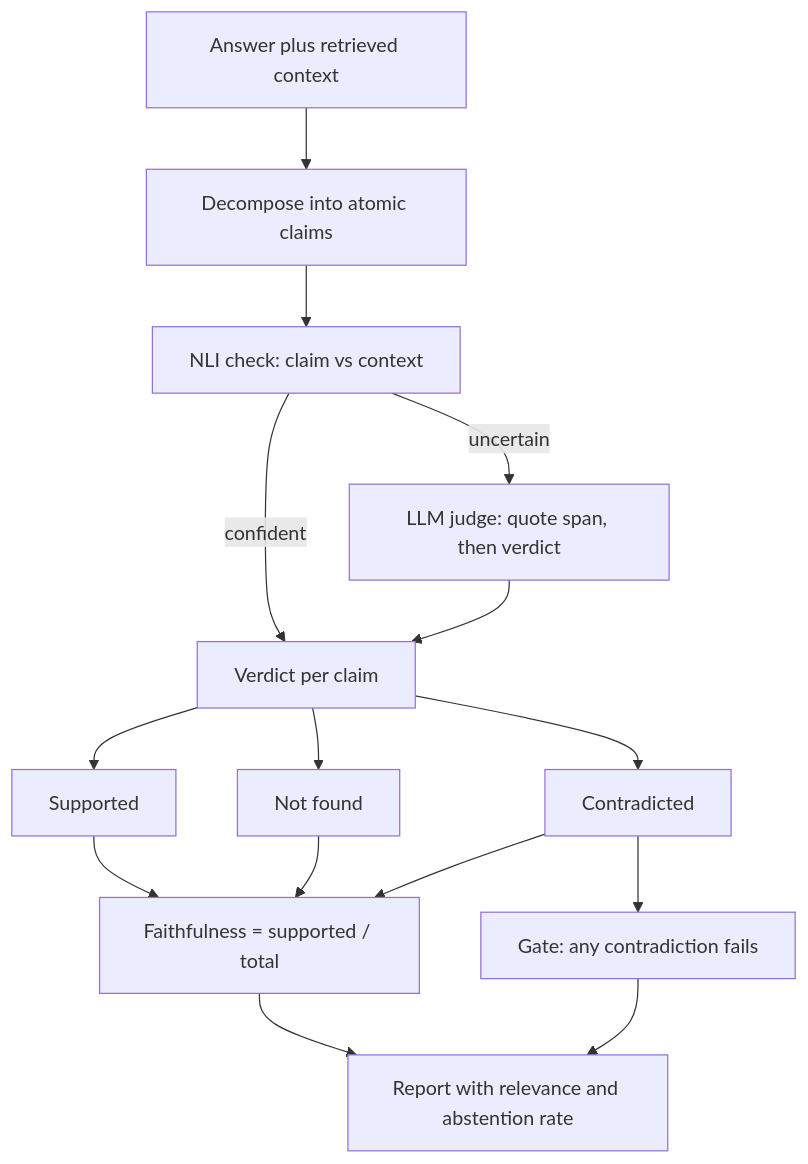
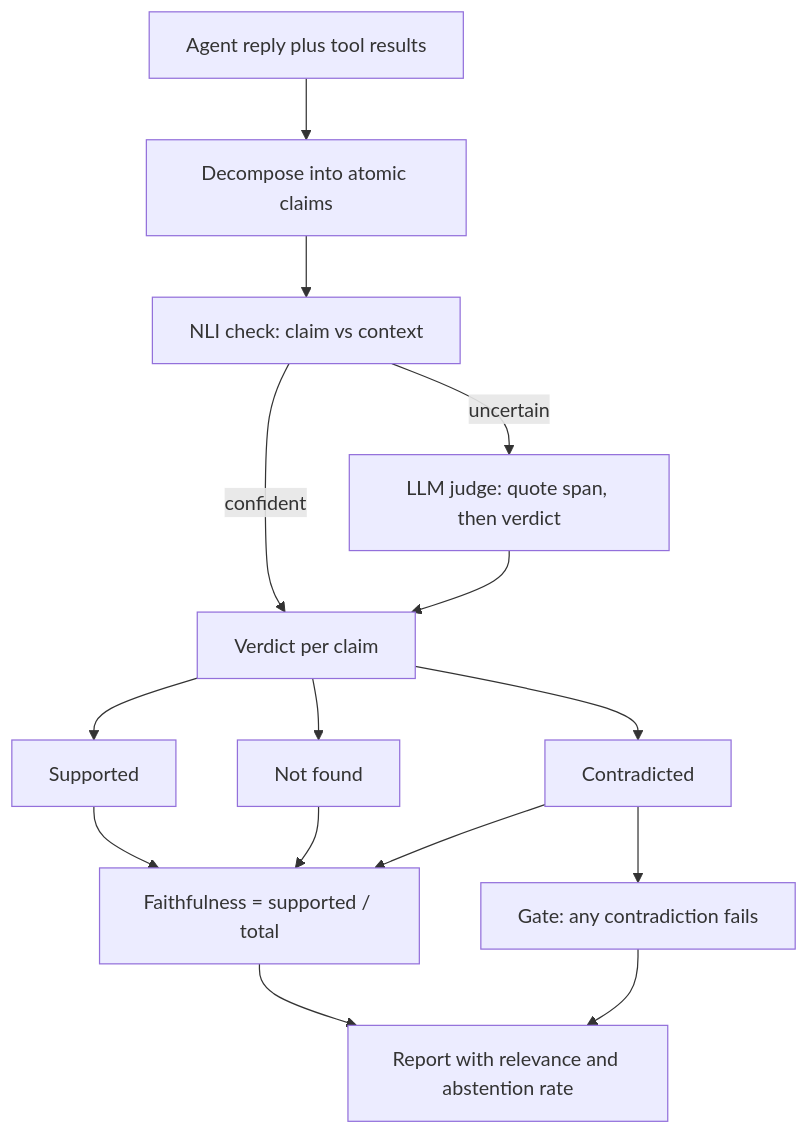
The diagram in content/evals/faithfulness-groundedness.md (lovishmahajan97/agentic-learning), drawn with Mermaid before and after one commit. The commit also changed other lines of this file and 485 other files, not shown here.

````diff
--- a/content/evals/faithfulness-groundedness.md
+++ b/content/evals/faithfulness-groundedness.md
@@ -108,17 +135,17 @@
 ```mermaid
 flowchart TD
-    A["Answer plus retrieved context"] --> D["Decompose into atomic claims"]
+    A["Agent reply plus tool results"] --> D["Decompose into atomic claims"]
     D --> N["NLI check: claim vs context"]
     N -->|"confident"| V["Verdict per claim"]
     N -->|"uncertain"| J["LLM judge: quote span, then verdict"]
     J --> V
     V --> S["Supported"]
     V --> C["Contradicted"]
     V --> NF["Not found"]
     S --> AG["Faithfulness = supported / total"]
     NF --> AG
     C --> AG
     C --> G["Gate: any contradiction fails"]
     AG --> T["Report with relevance and abstention rate"]
     G --> T
 ```
````
